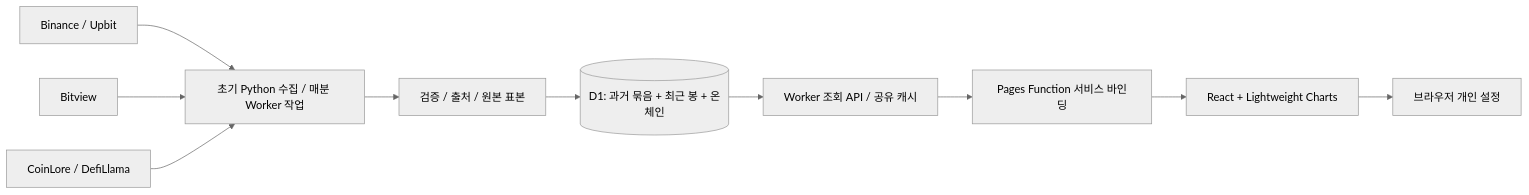
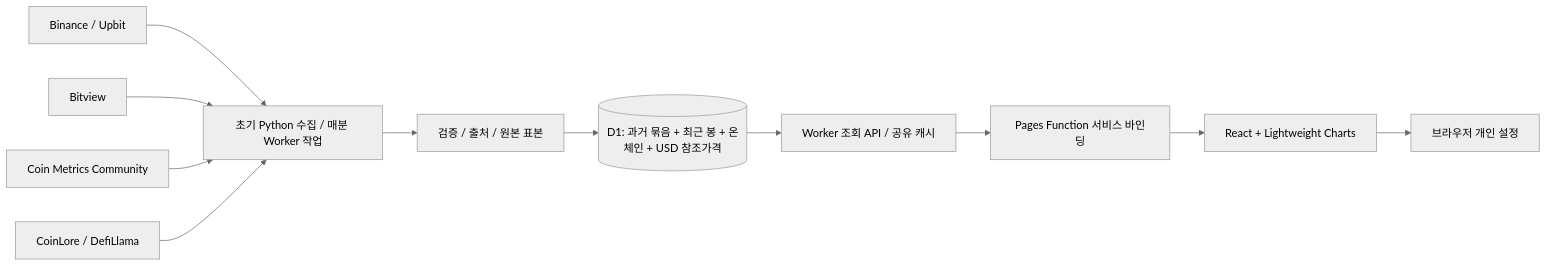
The diagram in README.md (pollmap/coin-desk), drawn with Mermaid (neutral theme) before and after one commit. The commit also changed other lines of this file and 82 other files, not shown here.

````diff
--- a/README.md
+++ b/README.md
@@ -100,12 +110,13 @@
 ```mermaid
 flowchart LR
   E[Binance / Upbit] --> C[초기 Python 수집 / 매분 Worker 작업]
   B[Bitview] --> C
+  R[Coin Metrics Community] --> C
   G[CoinLore / DefiLlama] --> C
   C --> V[검증 / 출처 / 원본 표본]
-  V --> D[(D1: 과거 묶음 + 최근 봉 + 온체인)]
+  V --> D[(D1: 과거 묶음 + 최근 봉 + 온체인 + USD 참조가격)]
   D --> A[Worker 조회 API / 공유 캐시]
   A --> P[Pages Function 서비스 바인딩]
   P --> U[React + Lightweight Charts]
   U --> L[브라우저 개인 설정]
 ```
````
